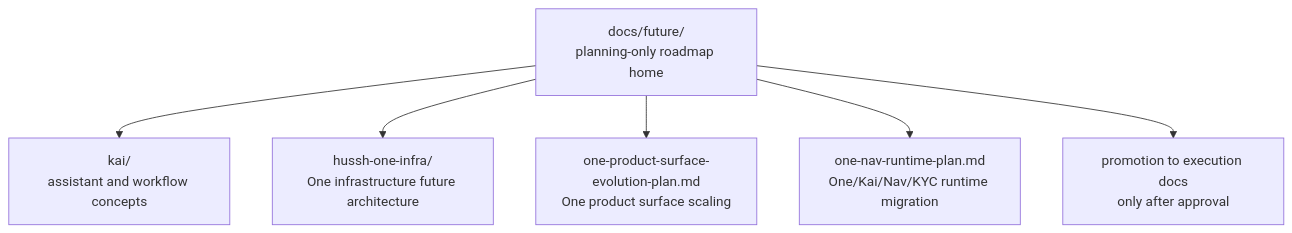
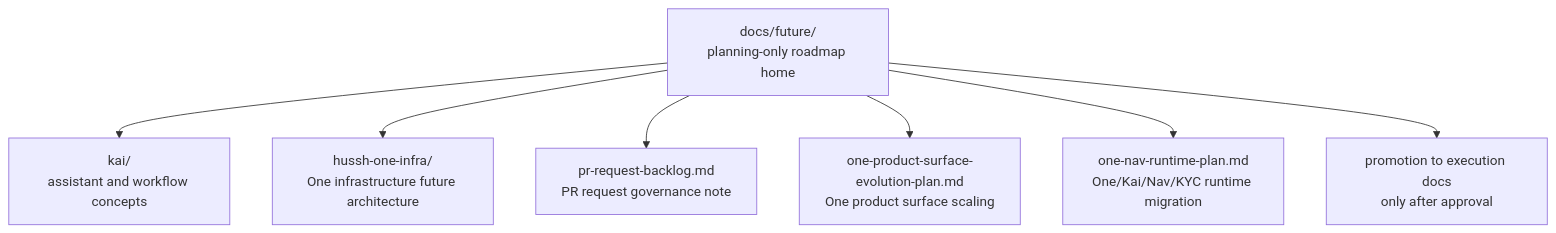
The diagram in docs/future/README.md (hushh-labs/hushh-research), drawn with Mermaid before and after one commit. The commit also changed other lines of this file and 1 other file, not shown here.

Commit message:
docs: add PR request governance note and resolve README conflict

````diff
--- a/docs/future/README.md
+++ b/docs/future/README.md
@@ -7,15 +7,17 @@
 ```mermaid
 flowchart TD
   root["docs/future/<br/>planning-only roadmap home"]
   kai["kai/<br/>assistant and workflow concepts"]
   oneInfra["hussh-one-infra/<br/>One infrastructure future architecture"]
+  requests["pr-request-backlog.md<br/>PR request governance note"]
   oneSurface["one-product-surface-evolution-plan.md<br/>One product surface scaling"]
   oneNav["one-nav-runtime-plan.md<br/>One/Kai/Nav/KYC runtime migration"]
   execution["promotion to execution docs<br/>only after approval"]
 
   root --> kai
   root --> oneInfra
+  root --> requests
   root --> oneSurface
   root --> oneNav
   root --> execution
 ```
````
